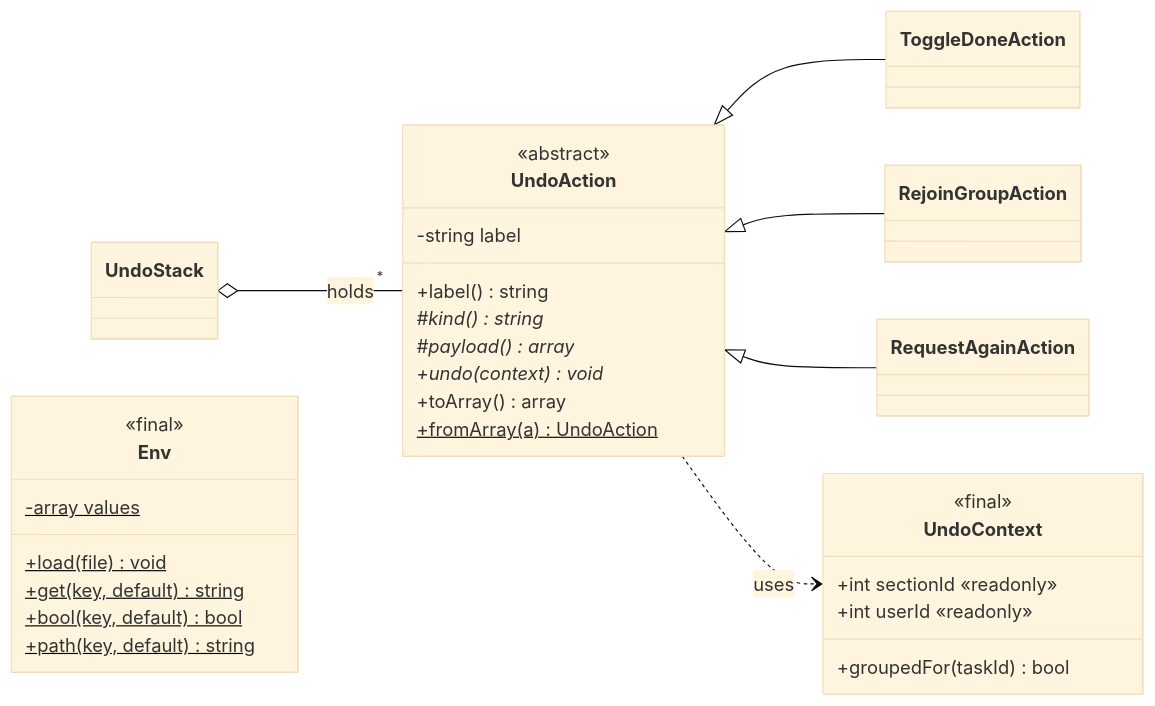
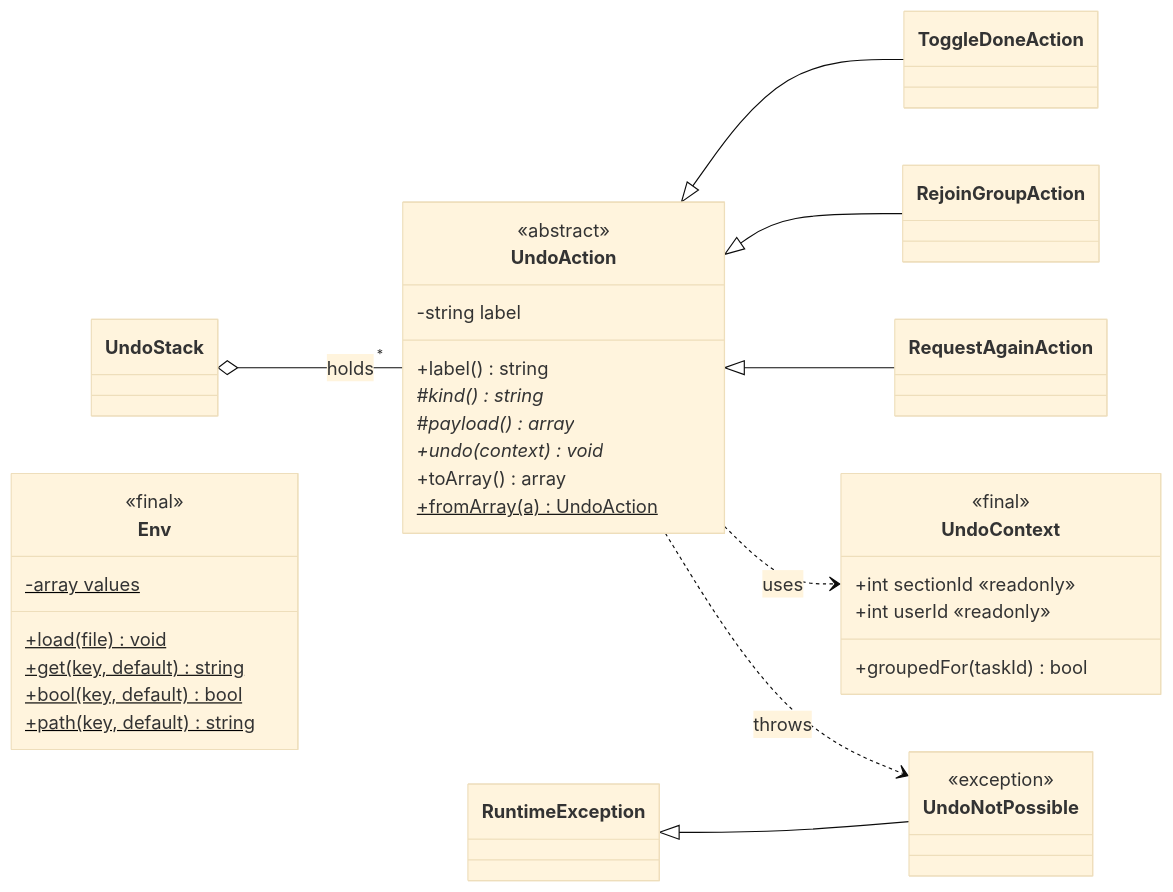
Before and after one commit to rcldvmnl/AcadSync: the fifth of 6 diagrams in docs/CLASS_DIAGRAM.md, drawn with Mermaid (base theme). The commit also changed other lines of this file and 50 other files, not shown here.

````diff
--- a/docs/CLASS_DIAGRAM.md
+++ b/docs/CLASS_DIAGRAM.md
@@ -260,37 +332,42 @@
 ```mermaid
 classDiagram
     direction LR
     class UndoAction {
         <<abstract>>
         -string label
         +label() string
         #kind()* string
         #payload()* array
         +undo(context)* void
         +toArray() array
         +fromArray(a)$ UndoAction
     }
     class ToggleDoneAction
     class RejoinGroupAction
     class RequestAgainAction
     class UndoContext {
         <<final>>
         +int sectionId «readonly»
         +int userId «readonly»
         +groupedFor(taskId) bool
     }
     UndoAction <|-- ToggleDoneAction
     UndoAction <|-- RejoinGroupAction
     UndoAction <|-- RequestAgainAction
     UndoAction ..> UndoContext : uses
     UndoStack o-- "*" UndoAction : holds
+    class UndoNotPossible {
+        <<exception>>
+    }
+    RuntimeException <|-- UndoNotPossible
+    UndoAction ..> UndoNotPossible : throws
 
     class Env {
         <<final>>
         -array values$
         +load(file)$ void
         +get(key, default)$ string
         +bool(key, default)$ bool
         +path(key, default)$ string
     }
 ```
````
